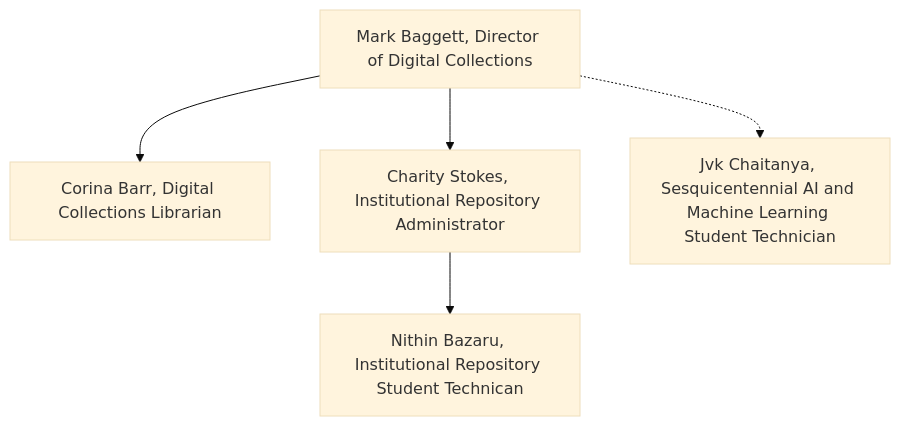
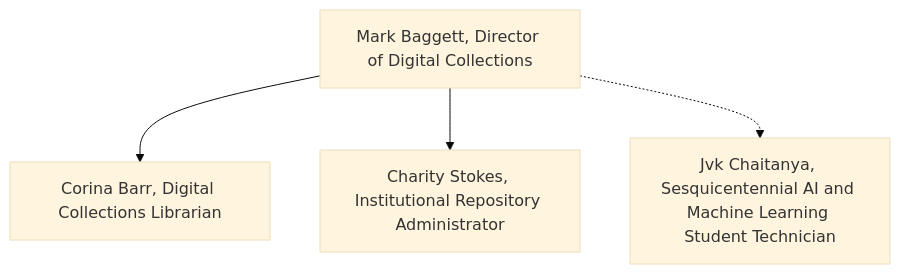
The diagram in profile/README.md (tamulib-dc-labs/.github), drawn with Mermaid (base theme) before and after one commit. The commit also changed other lines of this file, not shown here.

First line of the commit message:
Add Nithin Bazaru to alumni list in README

````diff
--- a/profile/README.md
+++ b/profile/README.md
@@ -13,11 +13,10 @@
 ```mermaid
 
 graph TD
     MB[Mark Baggett, Director of Digital Collections] 
     MB --> CB[Corina Barr, Digital Collections Librarian]
     MB --> CS[Charity Stokes, Institutional Repository Administrator]
-    CS --> NB[Nithin Bazaru, Institutional Repository Student Technican]
     MB -.-> JVK[Jvk Chaitanya, Sesquicentennial AI and Machine Learning Student Technician]
     
 
 ```
````
